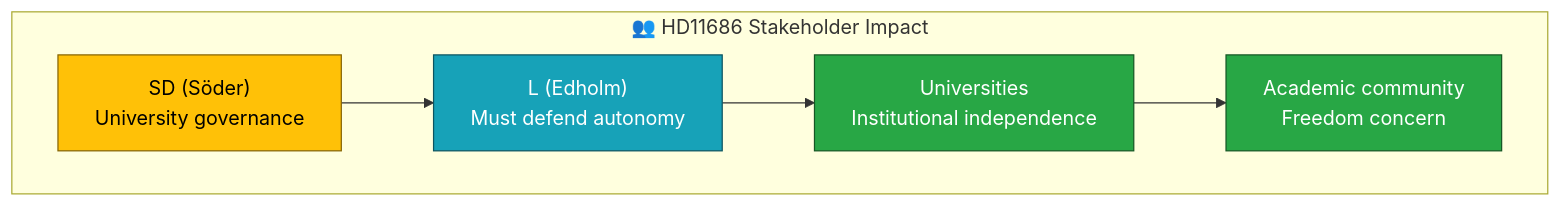
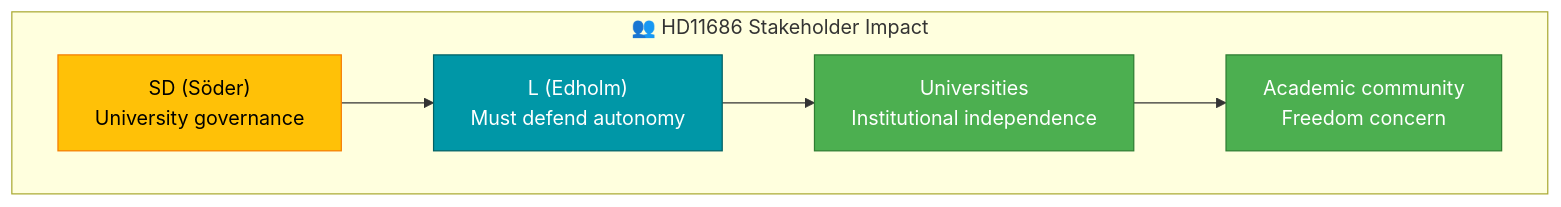
The diagram in analysis/daily/2026-04-07/realtime-1411/documents/hd11686-analysis.md (Hack23/riksdagsmonitor), drawn with Mermaid before and after one commit. The commit also changed 785 other files, not shown here.

First line of the commit message:
Normalize mermaid colors across 786 analysis artifacts to ISMS Style Guide palette

````diff
--- a/analysis/daily/2026-04-07/realtime-1411/documents/hd11686-analysis.md
+++ b/analysis/daily/2026-04-07/realtime-1411/documents/hd11686-analysis.md
@@ -34,16 +34,16 @@
 ```mermaid
 graph TD
     subgraph "👥 HD11686 Stakeholder Impact"
         SD_S["SD (Söder)<br>University governance"]
         L_M["L (Edholm)<br>Must defend autonomy"]
         UNIV["Universities<br>Institutional independence"]
         ACAD["Academic community<br>Freedom concern"]
     end
     SD_S --> L_M
     L_M --> UNIV
     UNIV --> ACAD
-    style SD_S fill:#ffc107,stroke:#856404,color:#000
-    style L_M fill:#17a2b8,stroke:#0c5460,color:#fff
-    style UNIV fill:#28a745,stroke:#155724,color:#fff
-    style ACAD fill:#28a745,stroke:#155724,color:#fff
+    style SD_S fill:#FFC107,stroke:#F57C00,color:#000000
+    style L_M fill:#0097A7,stroke:#006064,color:#FFFFFF
+    style UNIV fill:#4CAF50,stroke:#2E7D32,color:#FFFFFF
+    style ACAD fill:#4CAF50,stroke:#2E7D32,color:#FFFFFF
 ```
````
